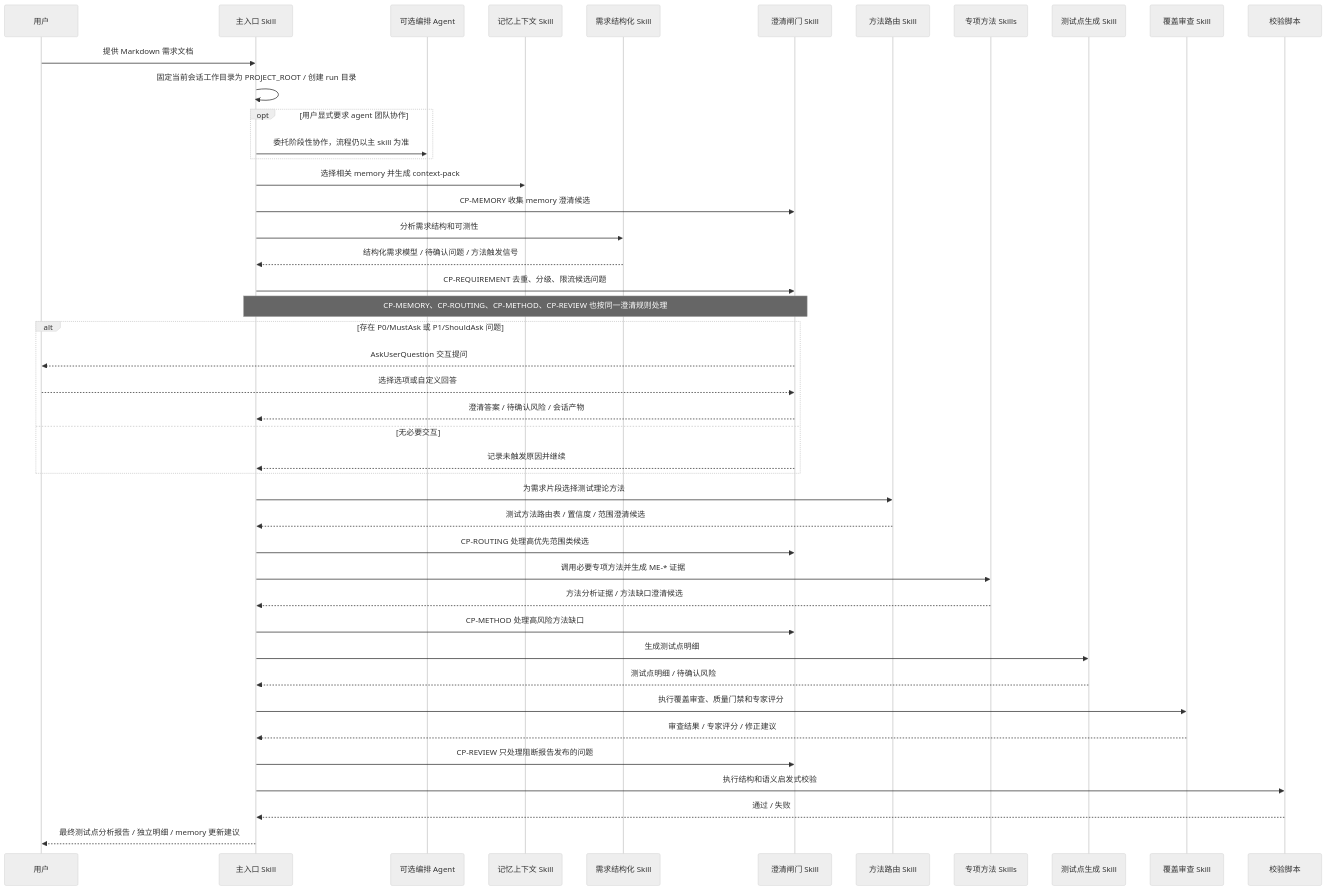
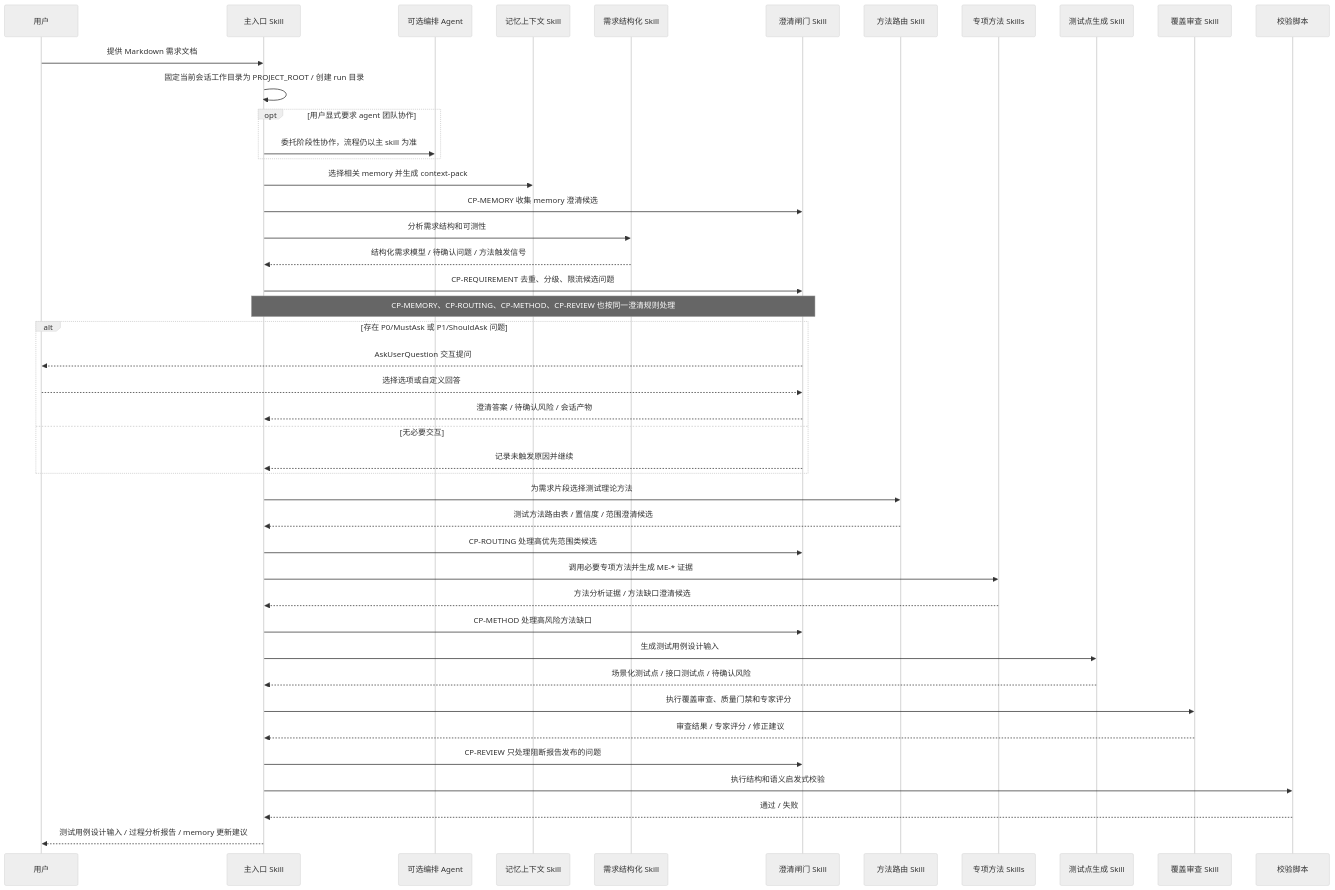
The fourth of 8 diagrams in docs/test-analysis-agent-design.md (szluoqy-byte/Test-Analysis-Agent), drawn with Mermaid (neutral theme) before and after one commit. The commit also changed other lines of this file and 26 other files, not shown here.

````diff
--- a/docs/test-analysis-agent-design.md
+++ b/docs/test-analysis-agent-design.md
@@ -216,47 +218,47 @@
 ```mermaid
 sequenceDiagram
   participant U as 用户
   participant E as 主入口 Skill
   participant O as 可选编排 Agent
   participant M as 记忆上下文 Skill
   participant R as 需求结构化 Skill
   participant C as 澄清闸门 Skill
   participant T as 方法路由 Skill
   participant S as 专项方法 Skills
   participant G as 测试点生成 Skill
   participant Q as 覆盖审查 Skill
   participant L as 校验脚本
 
   U->>E: 提供 Markdown 需求文档
   E->>E: 固定当前会话工作目录为 PROJECT_ROOT / 创建 run 目录
   opt 用户显式要求 agent 团队协作
     E->>O: 委托阶段性协作，流程仍以主 skill 为准
   end
   E->>M: 选择相关 memory 并生成 context-pack
   E->>C: CP-MEMORY 收集 memory 澄清候选
   E->>R: 分析需求结构和可测性
   R-->>E: 结构化需求模型 / 待确认问题 / 方法触发信号
   E->>C: CP-REQUIREMENT 去重、分级、限流候选问题
   Note over E,C: CP-MEMORY、CP-ROUTING、CP-METHOD、CP-REVIEW 也按同一澄清规则处理
   alt 存在 P0/MustAsk 或 P1/ShouldAsk 问题
     C-->>U: AskUserQuestion 交互提问
     U-->>C: 选择选项或自定义回答
     C-->>E: 澄清答案 / 待确认风险 / 会话产物
   else 无必要交互
     C-->>E: 记录未触发原因并继续
   end
   E->>T: 为需求片段选择测试理论方法
   T-->>E: 测试方法路由表 / 置信度 / 范围澄清候选
   E->>C: CP-ROUTING 处理高优先范围类候选
   E->>S: 调用必要专项方法并生成 ME-* 证据
   S-->>E: 方法分析证据 / 方法缺口澄清候选
   E->>C: CP-METHOD 处理高风险方法缺口
-  E->>G: 生成测试点明细
-  G-->>E: 测试点明细 / 待确认风险
+  E->>G: 生成测试用例设计输入
+  G-->>E: 场景化测试点 / 接口测试点 / 待确认风险
   E->>Q: 执行覆盖审查、质量门禁和专家评分
   Q-->>E: 审查结果 / 专家评分 / 修正建议
   E->>C: CP-REVIEW 只处理阻断报告发布的问题
   E->>L: 执行结构和语义启发式校验
   L-->>E: 通过 / 失败
-  E-->>U: 最终测试点分析报告 / 独立明细 / memory 更新建议
+  E-->>U: 测试用例设计输入 / 过程分析报告 / memory 更新建议
 ```
````
